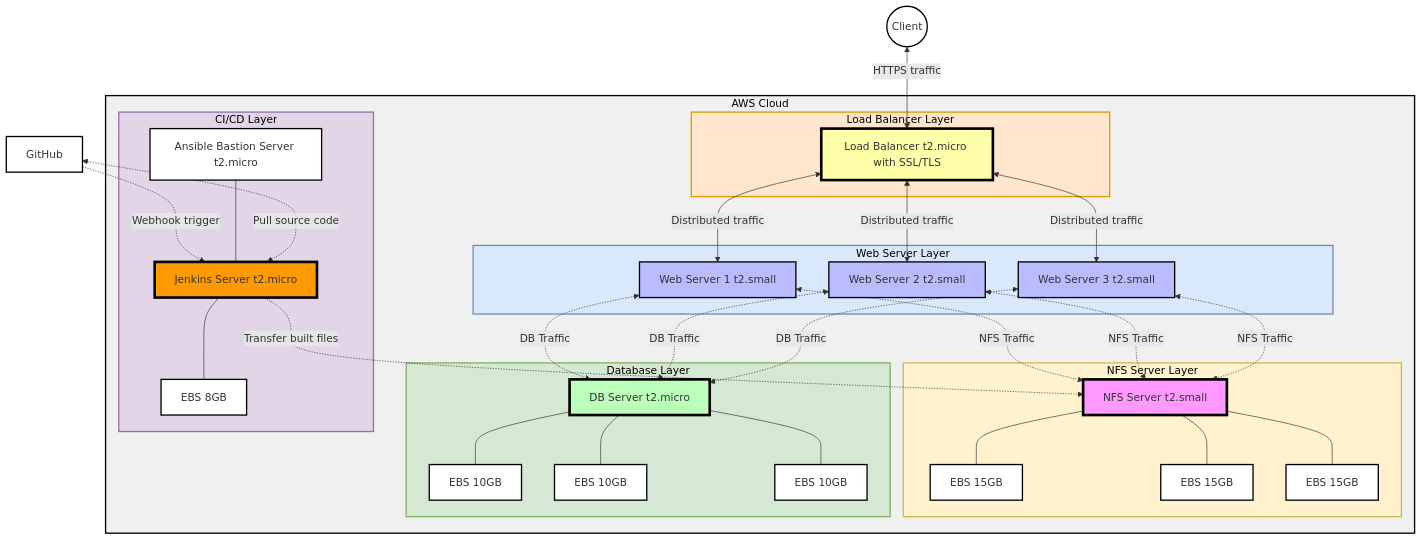
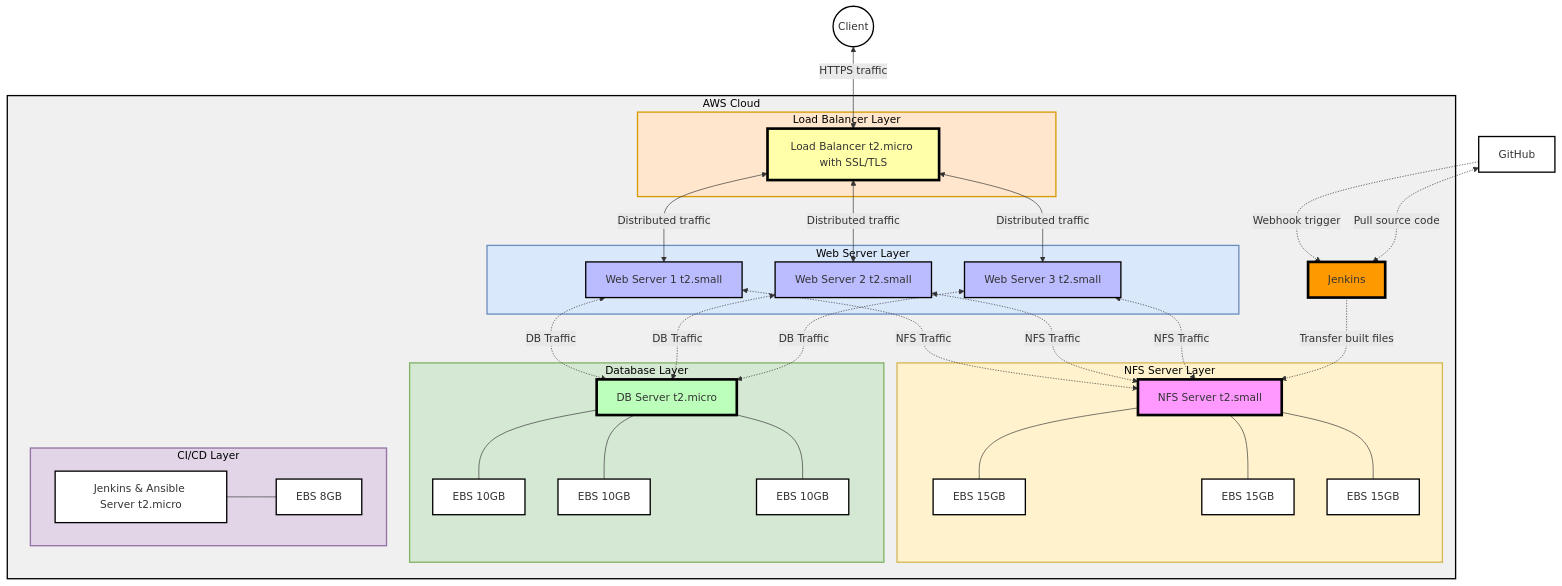
Before and after one commit to fmanimashaun/Steghub-DevOps-training: the diagram in Projects_documenration/Ansible _configuration_management/README.md, drawn with Mermaid.

```diff
--- a/Projects_documenration/Ansible _configuration_management/README.md
+++ b/Projects_documenration/Ansible _configuration_management/README.md
@@ -73,13 +73,11 @@
       DB --- DBEBS3
     end
 
-    subgraph CICD_Layer[CI/CD Layer]
-      Jenkins[Jenkins Server t2.micro]
-      JenkinsEBS[EBS 8GB]
-      Ansible[Ansible Bastion Server t2.micro]
-      Jenkins --- JenkinsEBS
-      Ansible --- Jenkins
-    end
+  	subgraph CICD_Layer[CI/CD Layer]
+			JenkinsAnsible[Jenkins & Ansible Server t2.micro]
+			JenkinsEBS[EBS 8GB]
+			JenkinsAnsible --- JenkinsEBS
+  	end
 
     WS1 <-.-> |NFS Traffic| NFS
     WS2 <-.-> |NFS Traffic| NFS
```
